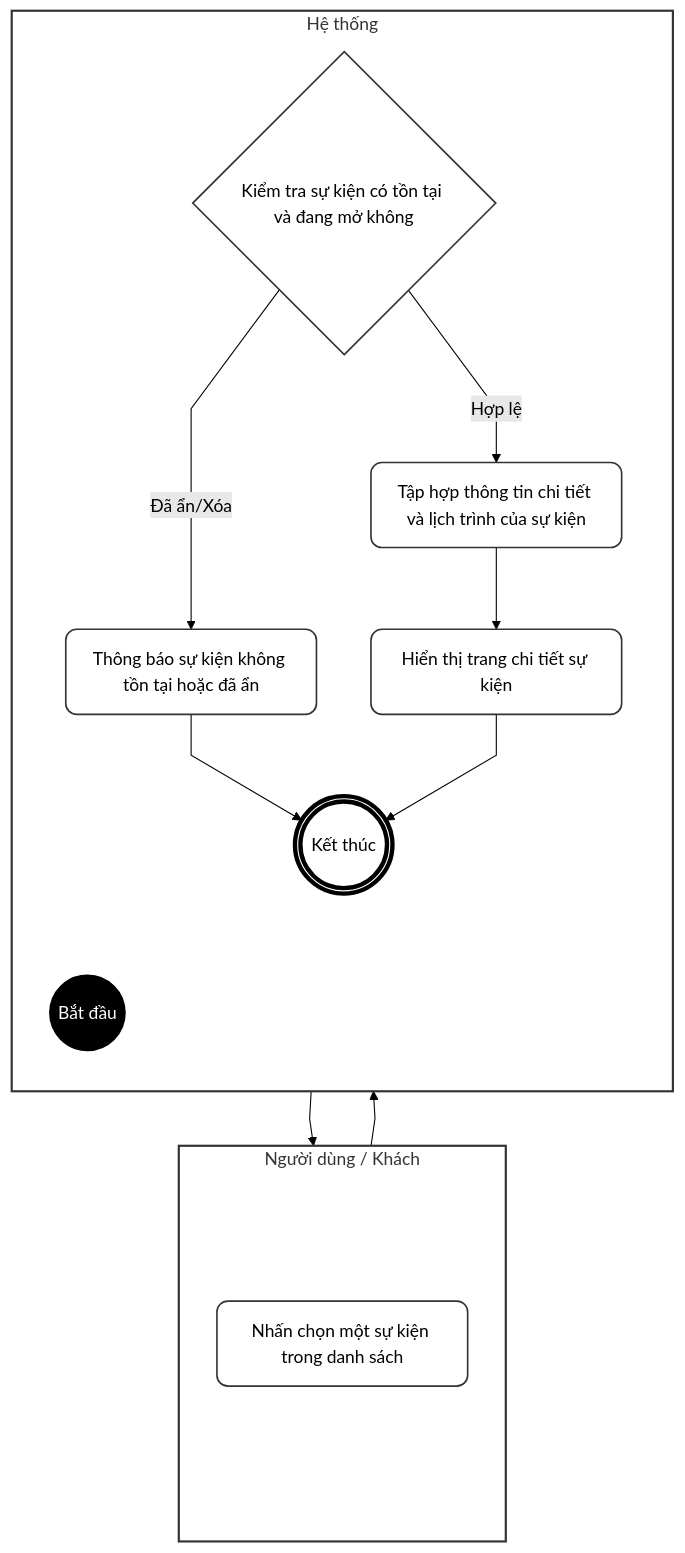
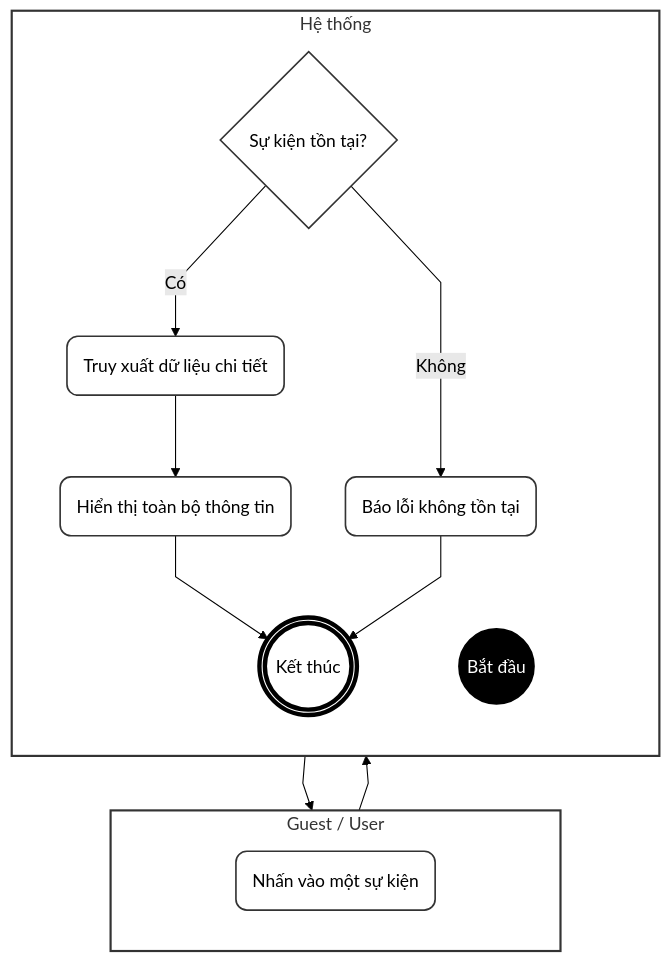
The sixth of 6 diagrams in doc/system_analysis/activity diagram/08b_activity_admin_event_staff.md (ChuDucAnh21/BE-quan-ly-su-kien), drawn with Mermaid (forest theme) before and after one commit. The commit also changed other lines of this file and 14 other files, not shown here.

````diff
--- a/doc/system_analysis/activity diagram/08b_activity_admin_event_staff.md
+++ b/doc/system_analysis/activity diagram/08b_activity_admin_event_staff.md
@@ -402,48 +240,40 @@
 ```mermaid
 %%{init: {"flowchart": {"curve": "linear"}}}%%
 flowchart TD
     classDef default fill:#fff,stroke:#333,stroke-width:1.5px,color:#000,rx:10px,ry:10px;
     classDef startNode fill:#000,stroke:#000,color:#fff;
     classDef endNode fill:#fff,stroke:#000,stroke-width:4px,color:#000;
     classDef hidden fill:none,stroke:none,color:none;
 
-    subgraph TacNhan [Người dùng / Khách]
+    subgraph Guest [Guest / User]
         direction TB
         T_start(" "):::hidden
-        A(Nhấn chọn một sự kiện trong danh sách)
+        A(Nhấn vào một sự kiện)
         T_end(" "):::hidden
     end
 
-    subgraph HeThong [Hệ thống]
+    subgraph System [Hệ thống]
         direction TB
         H_start(" "):::hidden
         Start((Bắt đầu)):::startNode
-        B{Kiểm tra sự kiện có tồn tại và đang mở không}
-        C(Thông báo sự kiện không tồn tại hoặc đã ẩn)
-        D(Tập hợp thông tin chi tiết và lịch trình của sự kiện)
-        E(Hiển thị trang chi tiết sự kiện)
+        B{Sự kiện tồn tại?}
+        C(Báo lỗi không tồn tại)
+        D(Truy xuất dữ liệu chi tiết)
+        E(Hiển thị toàn bộ thông tin)
         End(((Kết thúc))):::endNode
         H_end(" "):::hidden
     end
 
     T_start ~~~ H_start
     T_end ~~~ H_end
-
-    T_start ~~~ A
-    A ~~~ T_end
-
-    H_start ~~~ Start
-    End ~~~ H_end
-
     Start --> A
     A --> B
-    B -- Đã ẩn/Xóa --> C
+    B -- Không --> C
+    B -- Có --> D
+    D --> E
+    E --> End
     C --> End
 
-    B -- Hợp lệ --> D
-    D --> E
-    E --> End
-
-    style TacNhan fill:#fff,stroke:#333,stroke-width:2px
-    style HeThong fill:#fff,stroke:#333,stroke-width:2px
+    style Guest fill:#fff,stroke:#333,stroke-width:2px
+    style System fill:#fff,stroke:#333,stroke-width:2px
 ```
````
